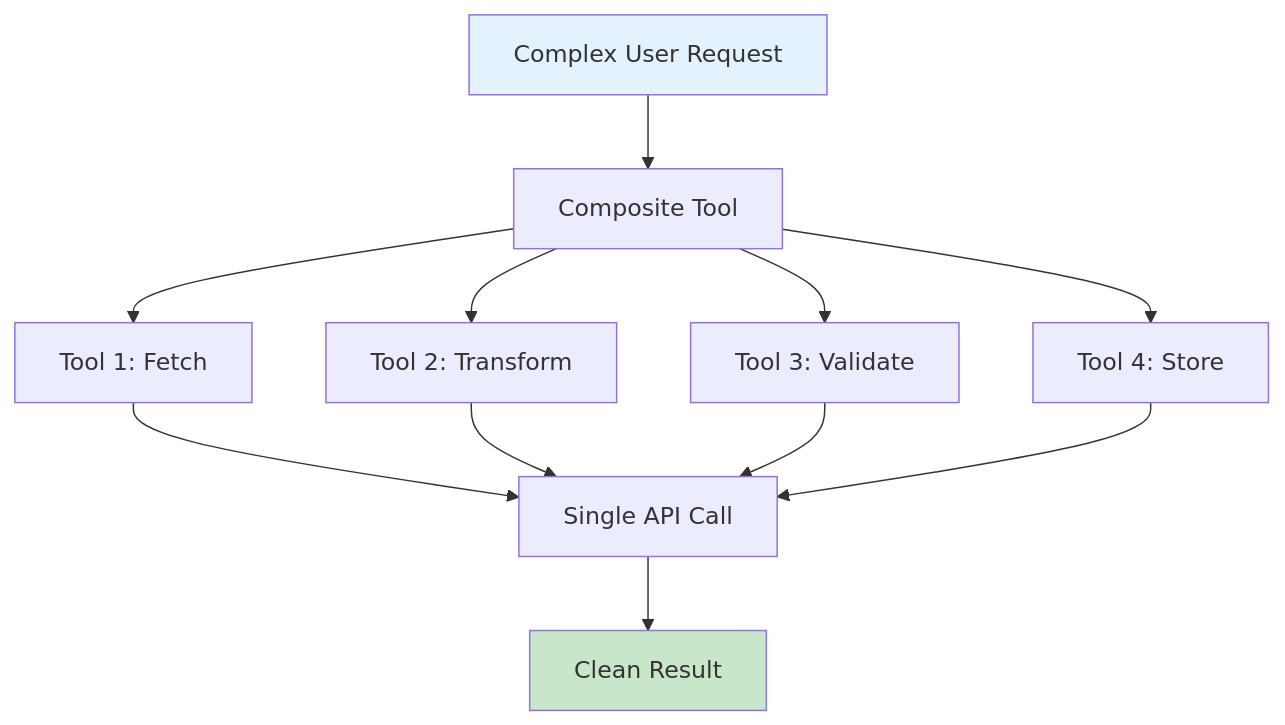
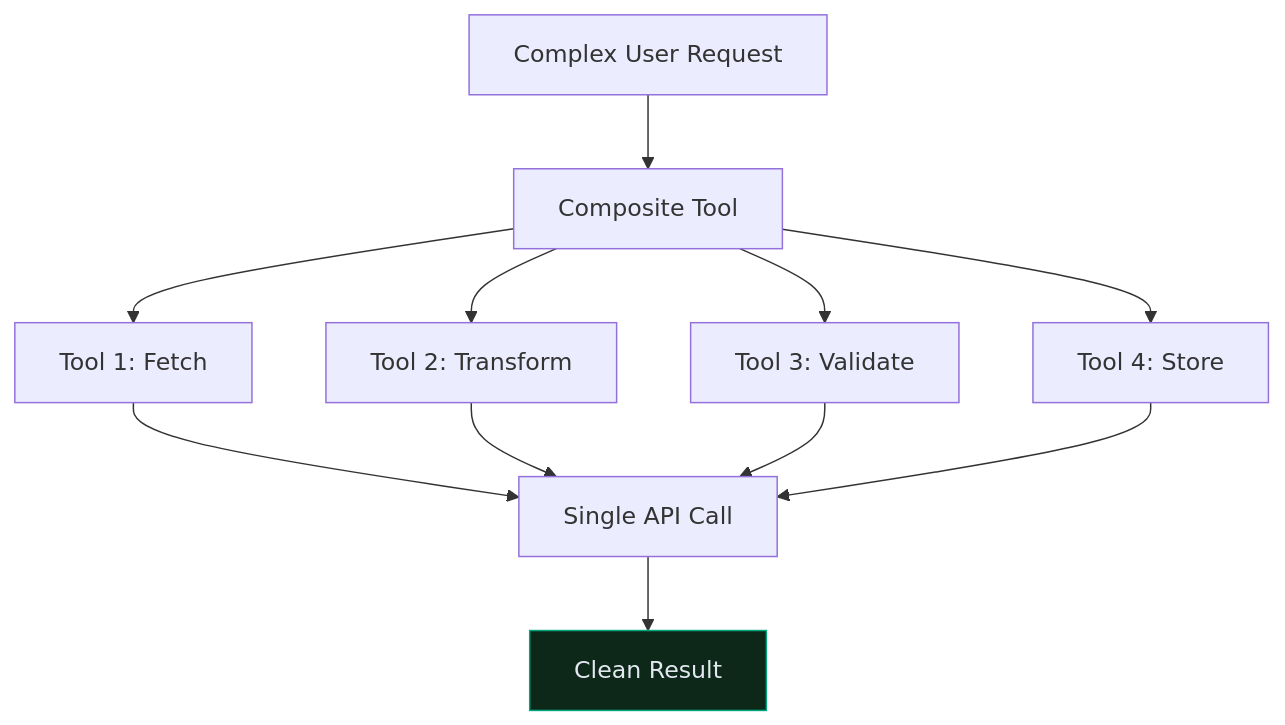
The first of 2 diagrams in docs/06_MCP-Advanded.md (CagriCatik/claude-ollama-coder), drawn with Mermaid before and after one commit. The commit also changed other lines of this file and 16 other files, not shown here.

````diff
--- a/docs/06_MCP-Advanded.md
+++ b/docs/06_MCP-Advanded.md
@@ -21,19 +22,18 @@
 ```mermaid
 graph TB
     A["Complex User Request"] --> B["Composite Tool"]
     
     B --> C["Tool 1: Fetch"]
     B --> D["Tool 2: Transform"]
     B --> E["Tool 3: Validate"]
     B --> F["Tool 4: Store"]
     
     C --> G["Single API Call"]
     D --> G
     E --> G
     F --> G
     
     G --> H["Clean Result"]
     
-    style A fill:#e3f2fd
-    style H fill:#c8e6c9
+    style H fill:#0d2718,stroke:#00a67e,color:#e2e8f0
 ```
````
